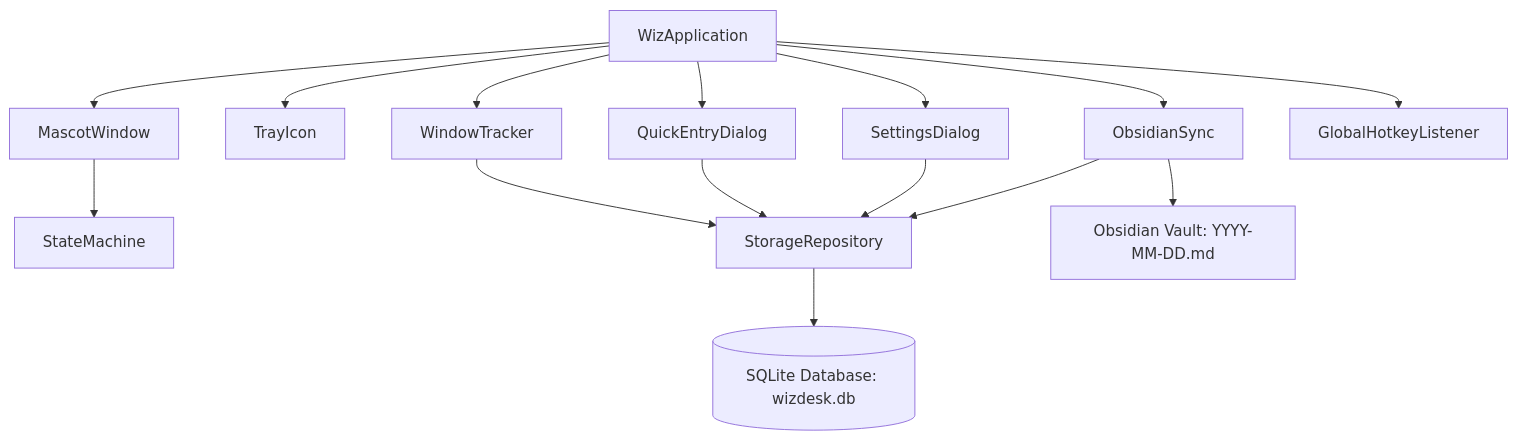
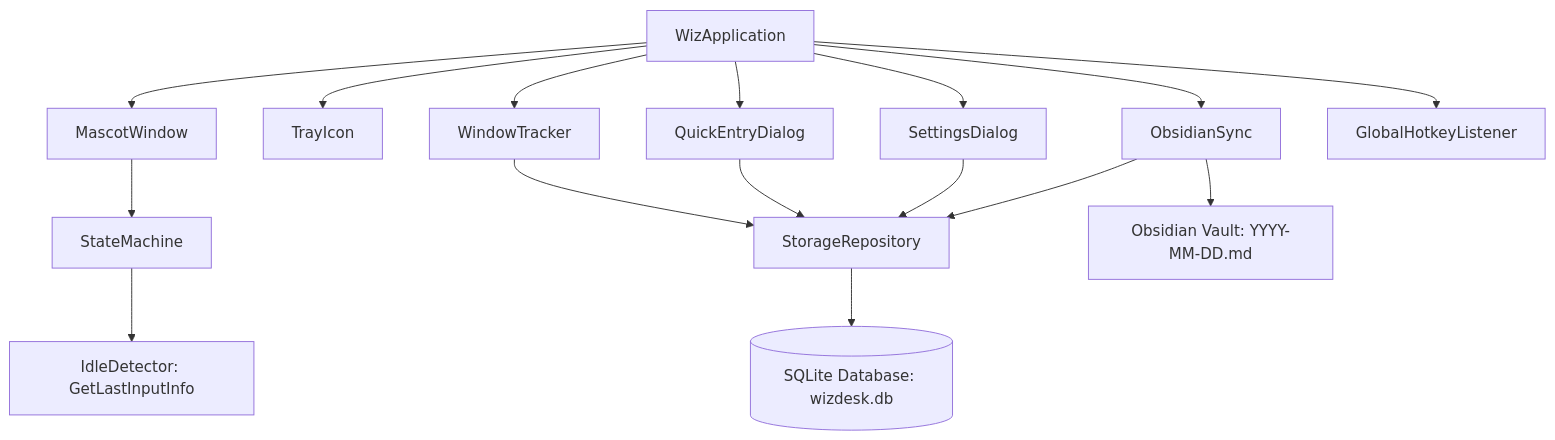
One commit to Lukog10/WizDesk changed the diagram in README.md. Above: the diagram before and after it, drawn with Mermaid. The commit also changed other lines of this file, not shown here.

````diff
--- a/README.md
+++ b/README.md
@@ -138,20 +145,21 @@
 ```mermaid
 graph TD
     A[WizApplication] --> B[MascotWindow]
     A --> C[TrayIcon]
     A --> D[QuickEntryDialog]
     A --> E[SettingsDialog]
     
     A --> F[WindowTracker]
     A --> G[ObsidianSync]
     A --> H[GlobalHotkeyListener]
     
     B --> I[StateMachine]
-    F --> J[StorageRepository]
-    D --> J
-    E --> J
-    G --> J
+    I --> J[IdleDetector: GetLastInputInfo]
+    F --> K[StorageRepository]
+    D --> K
+    E --> K
+    G --> K
     
-    J --> K[(SQLite Database: wizdesk.db)]
-    G --> L[Obsidian Vault: YYYY-MM-DD.md]
+    K --> L[(SQLite Database: wizdesk.db)]
+    G --> M[Obsidian Vault: YYYY-MM-DD.md]
 ```
````
